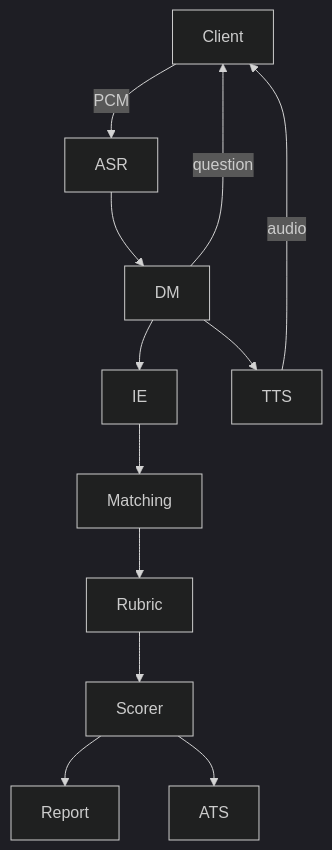
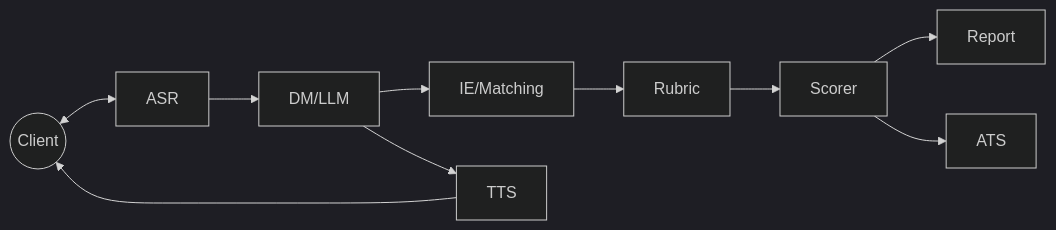
Before and after one commit to damadan/more_audio_hack: the first of 3 diagrams in docs/ARCHITECTURE.md, drawn with Mermaid (dark theme). The commit also changed other lines of this file and 12 other files, not shown here.

````diff
--- a/docs/ARCHITECTURE.md
+++ b/docs/ARCHITECTURE.md
@@ -26,14 +16,12 @@
 ```mermaid
-graph TD
-    Client -->|PCM| ASR
-    ASR --> DM
-    DM -->|question| Client
-    DM --> IE
-    IE --> Matching
-    Matching --> Rubric
-    Rubric --> Scorer
-    Scorer --> Report
-    Scorer --> ATS
-    DM --> TTS
-    TTS -->|audio| Client
+graph LR
+    client((Client)) <--> asr[ASR]
+    asr --> dm[DM/LLM]
+    dm --> ie[IE/Matching]
+    ie --> rubric[Rubric]
+    rubric --> scorer[Scorer]
+    scorer --> report[Report]
+    scorer --> ats[ATS]
+    dm --> tts[TTS]
+    tts --> client
 ```
````
